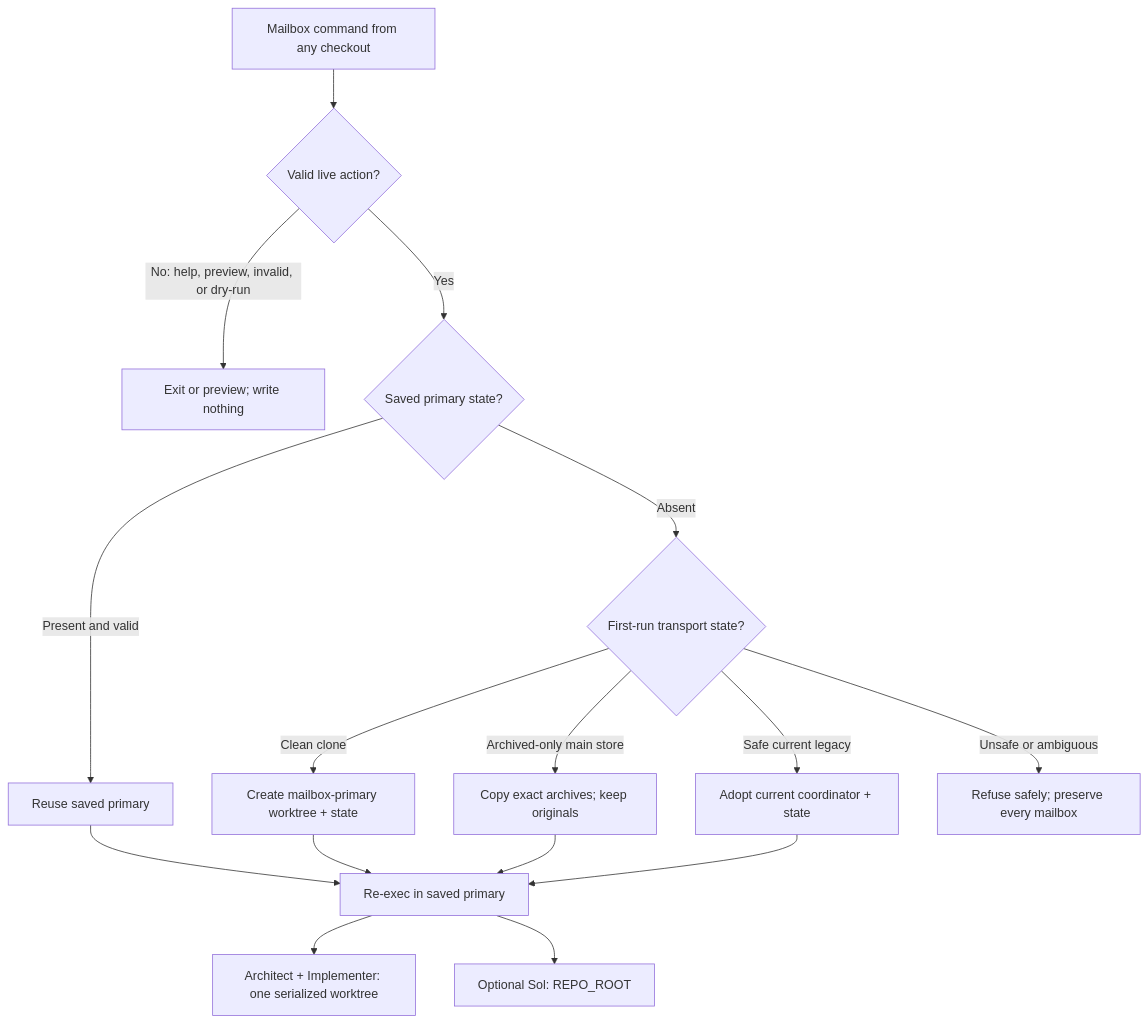
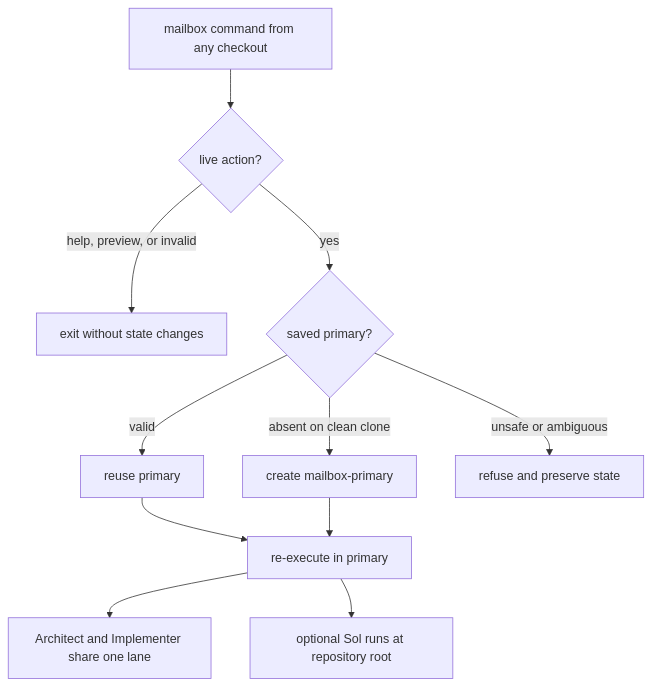
Before and after one commit to SBU-COSMOLIKE/emulators_code_v2: the seventh of 7 diagrams in ai/README.md, drawn with Mermaid. The commit also changed other lines of this file and 1 other file, not shown here.

````diff
--- a/ai/README.md
+++ b/ai/README.md
@@ -874,18 +781,13 @@
 ```mermaid
 flowchart TD
-  C["Mailbox command from any checkout"] --> V{"Valid live action?"}
-  V -->|"No: help, preview, invalid, or dry-run"| Z["Exit or preview; write nothing"]
-  V -->|"Yes"| S{"Saved primary state?"}
-  S -->|"Present and valid"| R["Reuse saved primary"]
-  S -->|"Absent"| L{"First-run transport state?"}
-  L -->|"Clean clone"| N["Create mailbox-primary worktree + state"]
-  L -->|"Archived-only main store"| B["Copy exact archives; keep originals"]
-  L -->|"Safe current legacy"| D["Adopt current coordinator + state"]
-  L -->|"Unsafe or ambiguous"| F["Refuse safely; preserve every mailbox"]
-  N --> X["Re-exec in saved primary"]
-  B --> X
-  D --> X
-  R --> X
-  X --> A["Architect + Implementer: one serialized worktree"]
-  X --> O["Optional Sol: REPO_ROOT"]
+  C["mailbox command from any checkout"] --> V{"live action?"}
+  V -->|"help, preview, or invalid"| Z["exit without state changes"]
+  V -->|"yes"| S{"saved primary?"}
+  S -->|"valid"| R["reuse primary"]
+  S -->|"absent on clean clone"| N["create mailbox-primary"]
+  S -->|"unsafe or ambiguous"| F["refuse and preserve state"]
+  R --> X["re-execute in primary"]
+  N --> X
+  X --> A["Architect and Implementer share one lane"]
+  X --> O["optional Sol runs at repository root"]
 ```
````
